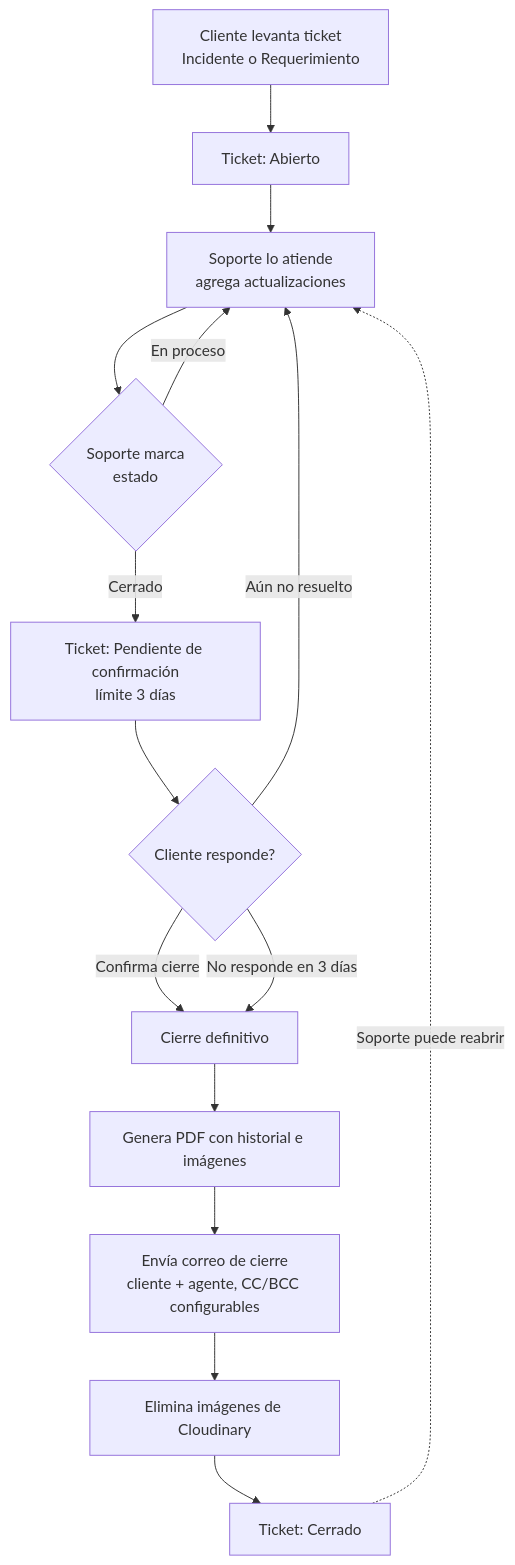
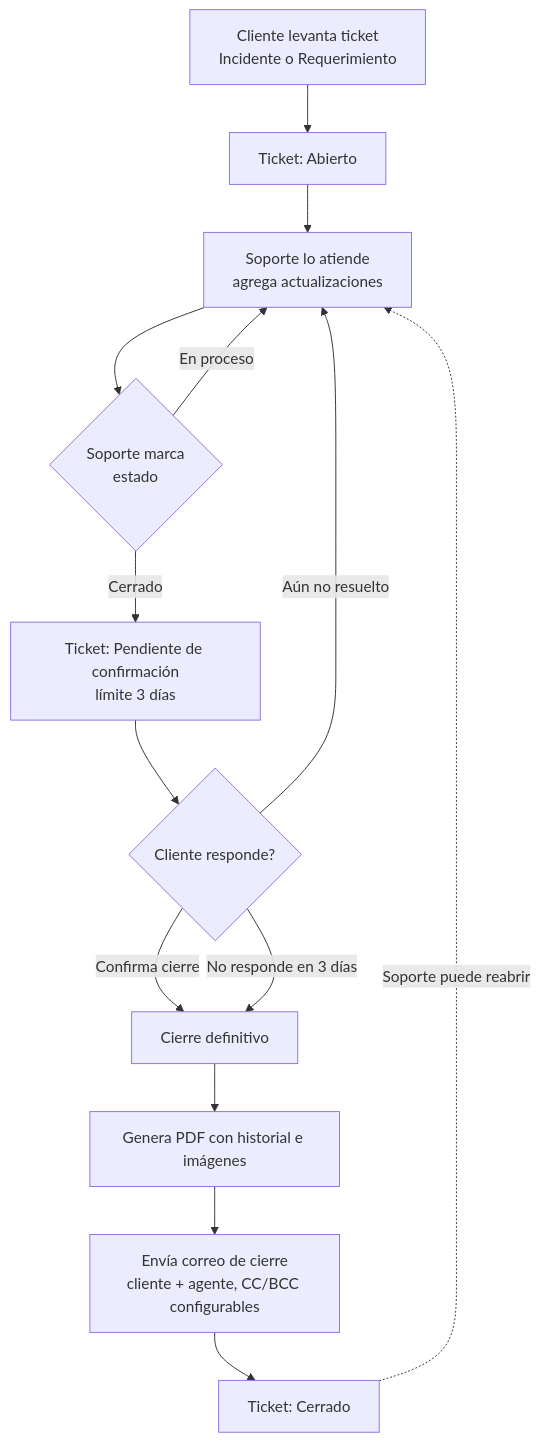
Before and after one commit to EliseoMx/tickets: the diagram in README.md, drawn with Mermaid. The commit also changed other lines of this file and 10 other files, not shown here.

````diff
--- a/README.md
+++ b/README.md
@@ -33,17 +33,16 @@
 ```mermaid
 flowchart TD
     A[Cliente levanta ticket<br/>Incidente o Requerimiento] --> B[Ticket: Abierto]
     B --> C[Soporte lo atiende<br/>agrega actualizaciones]
     C --> D{Soporte marca<br/>estado}
     D -->|En proceso| C
     D -->|Cerrado| E[Ticket: Pendiente de confirmación<br/>límite 3 días]
     E --> F{Cliente responde?}
     F -->|Confirma cierre| G[Cierre definitivo]
     F -->|Aún no resuelto| C
     F -->|No responde en 3 días| G
     G --> H[Genera PDF con historial e imágenes]
     H --> I[Envía correo de cierre<br/>cliente + agente, CC/BCC configurables]
-    I --> J[Elimina imágenes de Cloudinary]
-    J --> K[Ticket: Cerrado]
+    I --> K[Ticket: Cerrado]
     K -.->|Soporte puede reabrir| C
 ```
````
